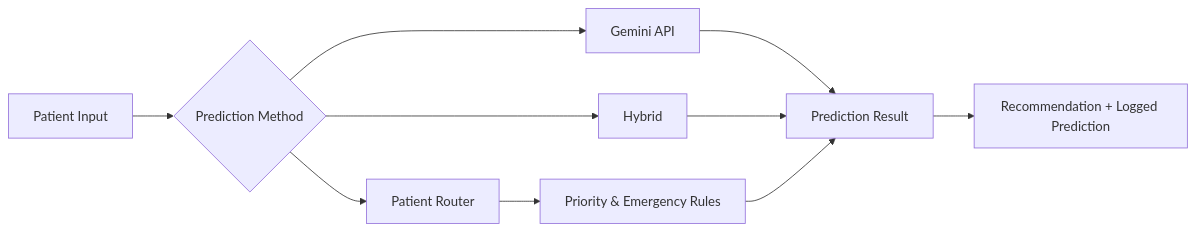
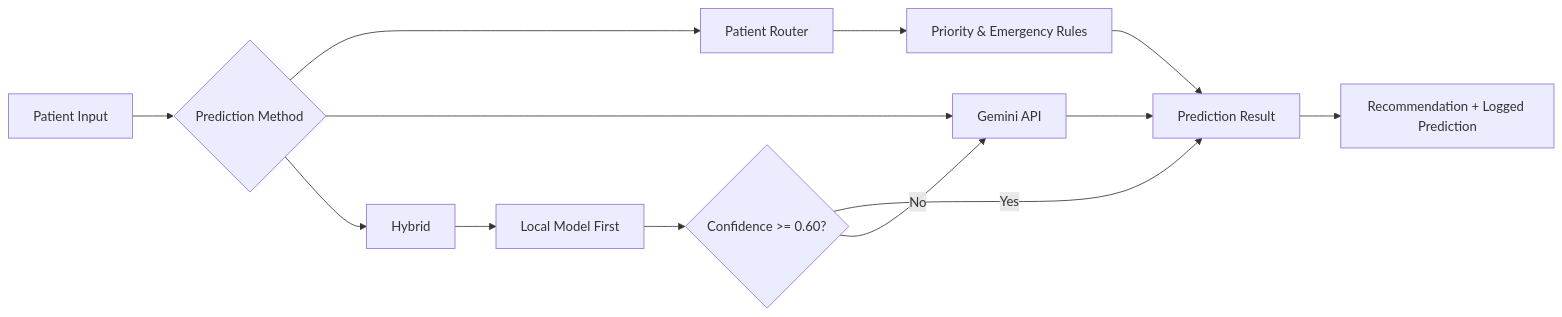
One commit to AyusmanNanda/patient-router changed the diagram in README.md. Above: the diagram before and after it, drawn with Mermaid. The commit also changed other lines of this file, not shown here.

````diff
--- a/README.md
+++ b/README.md
@@ -72,12 +72,18 @@
 ```mermaid
 flowchart LR
     A[Patient Input] --> B{Prediction Method}
     B --> C[Patient Router]
     B --> D[Gemini API]
     B --> E[Hybrid]
-    C --> F[Priority & Emergency Rules]
-    D --> G[Prediction Result]
-    E --> G
-    F --> G
-    G --> H[Recommendation + Logged Prediction]
+
+    E --> F[Local Model First]
+    F --> G{Confidence >= 0.60?}
+    G -- Yes --> H[Prediction Result]
+    G -- No --> D
+
+    C --> I[Priority & Emergency Rules]
+    I --> H
+    D --> H
+
+    H --> J[Recommendation + Logged Prediction]
 ```
````
